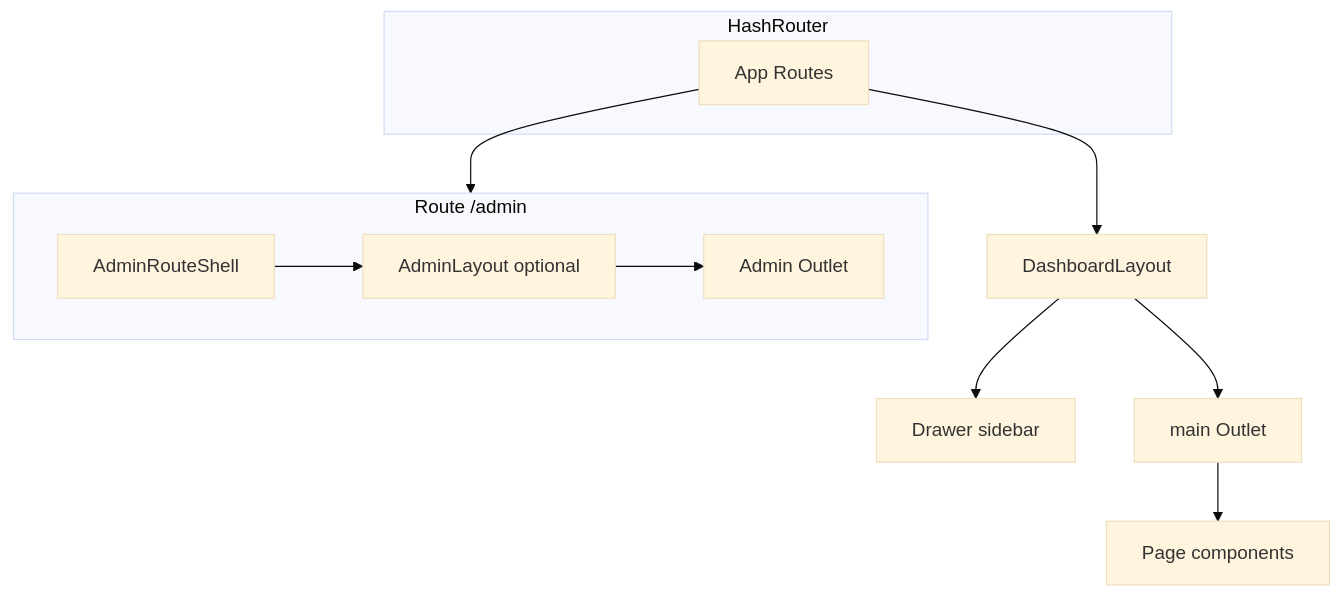
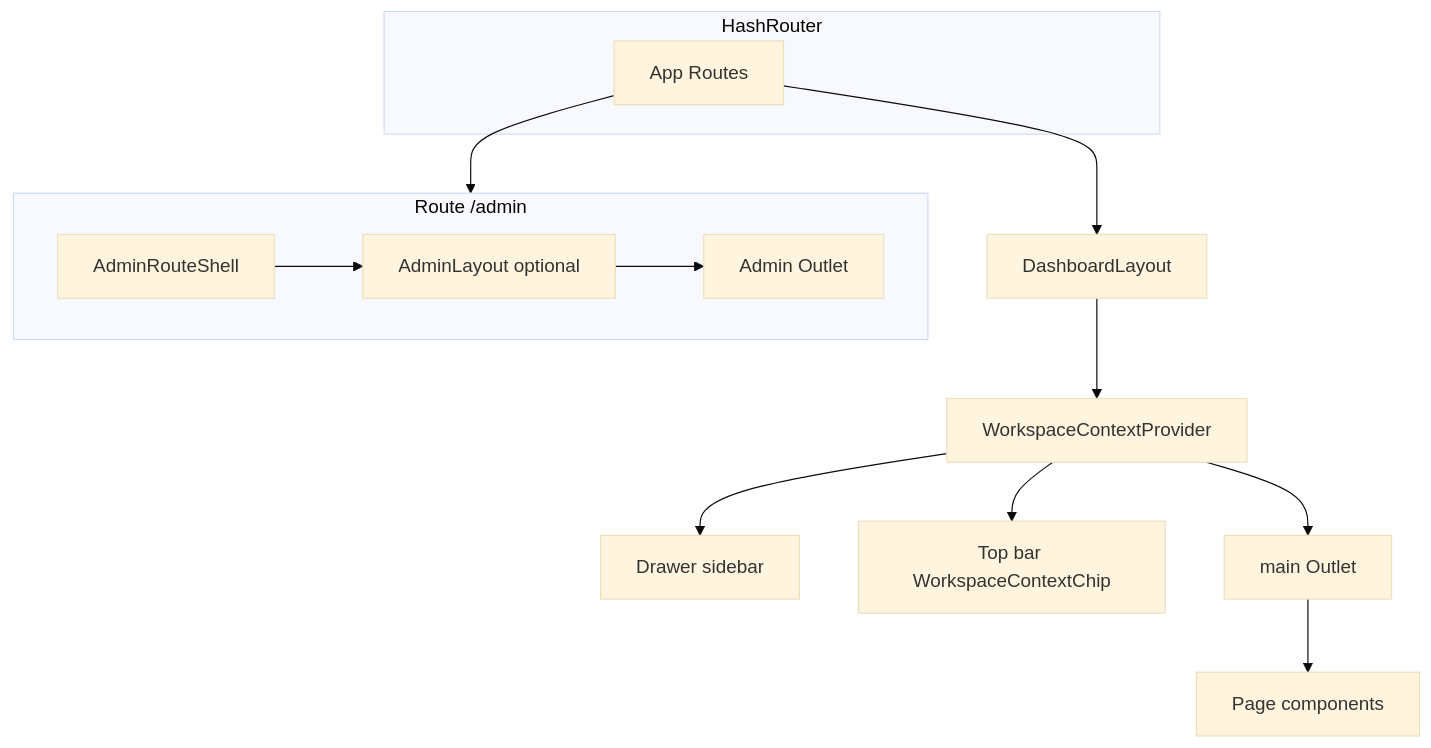
The first of 2 diagrams in docs/specs/shell-layout.md (xabarov/science-graphrag), drawn with Mermaid (base theme) before and after one commit. The commit also changed other lines of this file and 116 other files, not shown here.

````diff
--- a/docs/specs/shell-layout.md
+++ b/docs/specs/shell-layout.md
@@ -7,16 +7,18 @@
 ```mermaid
 flowchart TB
   subgraph hash [HashRouter]
     App[App Routes]
   end
   App --> Dash[DashboardLayout]
-  Dash --> Drawer[Drawer sidebar]
-  Dash --> Main[main Outlet]
+  Dash --> WCP[WorkspaceContextProvider]
+  WCP --> Drawer[Drawer sidebar]
+  WCP --> Top[Top bar WorkspaceContextChip]
+  WCP --> Main[main Outlet]
   Main --> Pages[Page components]
   subgraph adminRoute [Route /admin]
     AdminShell[AdminRouteShell]
     AdminShell --> AdminLay[AdminLayout optional]
     AdminLay --> AdminOut[Admin Outlet]
   end
   App --> adminRoute
 ```
````
